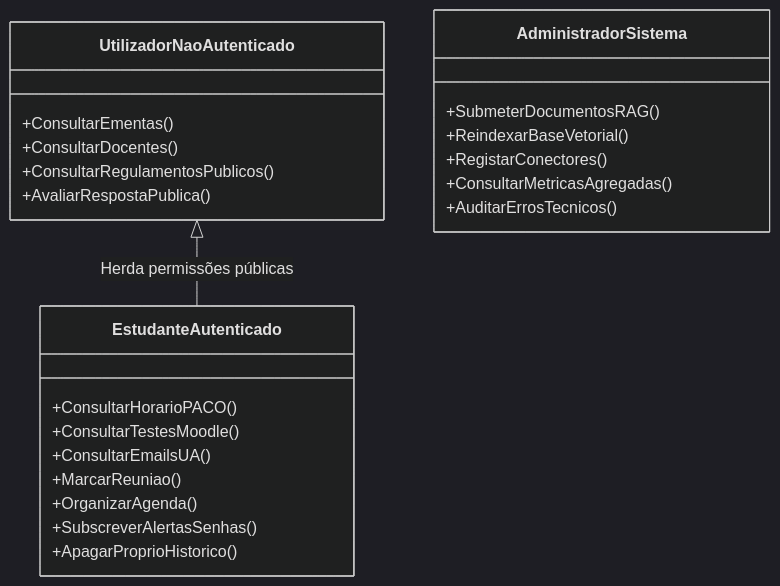
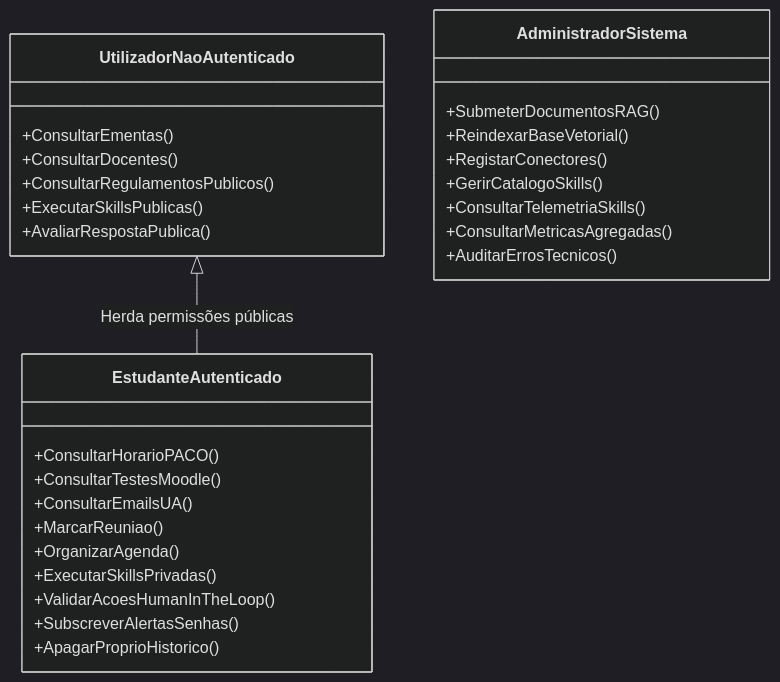
One commit to DetiBuddy/DetiBuddySite changed the diagram in documentacao/requisitos/DetiBuddy_Requisitos_Funcionais_e_Nao_Funcionais.md. Above: the diagram before and after it, drawn with Mermaid (dark theme). The commit also changed other lines of this file and 14 other files, not shown here.

````diff
--- a/documentacao/requisitos/DetiBuddy_Requisitos_Funcionais_e_Nao_Funcionais.md
+++ b/documentacao/requisitos/DetiBuddy_Requisitos_Funcionais_e_Nao_Funcionais.md
@@ -162,26 +176,31 @@
 ```mermaid
 classDiagram
     class UtilizadorNaoAutenticado {
         +ConsultarEmentas()
         +ConsultarDocentes()
         +ConsultarRegulamentosPublicos()
+        +ExecutarSkillsPublicas()
         +AvaliarRespostaPublica()
     }
     class EstudanteAutenticado {
         +ConsultarHorarioPACO()
         +ConsultarTestesMoodle()
         +ConsultarEmailsUA()
         +MarcarReuniao()
         +OrganizarAgenda()
+        +ExecutarSkillsPrivadas()
+        +ValidarAcoesHumanInTheLoop()
         +SubscreverAlertasSenhas()
         +ApagarProprioHistorico()
     }
     class AdministradorSistema {
         +SubmeterDocumentosRAG()
         +ReindexarBaseVetorial()
         +RegistarConectores()
+        +GerirCatalogoSkills()
+        +ConsultarTelemetriaSkills()
         +ConsultarMetricasAgregadas()
         +AuditarErrosTecnicos()
     }
     UtilizadorNaoAutenticado <|-- EstudanteAutenticado : Herda permissões públicas
 ```
````
